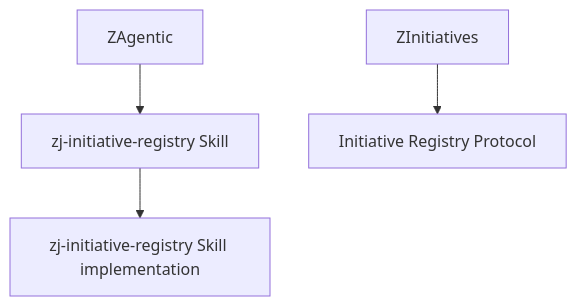
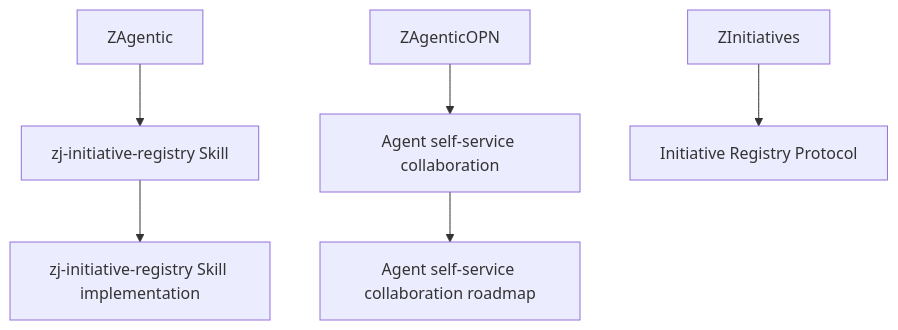
The diagram in generated/global-initiative-registry.mmd (jununfly/ZInitiatives), drawn with Mermaid before and after one commit. The commit also changed 7 other files, not shown here.

Commit message:
docs: register ZAgenticOPN initiative

```diff
--- a/generated/global-initiative-registry.mmd
+++ b/generated/global-initiative-registry.mmd
@@ -1,6 +1,9 @@
 flowchart TB
   zagentic["ZAgentic"]
   zagentic --> zagentic_initiative_registry_skill["zj-initiative-registry Skill"]
   zagentic_initiative_registry_skill --> zagentic_initiative_registry_implementation["zj-initiative-registry Skill implementation"]
+  zagenticopn["ZAgenticOPN"]
+  zagenticopn --> zagenticopn_agent_self_service_collaboration["Agent self-service collaboration"]
+  zagenticopn_agent_self_service_collaboration --> zagenticopn_agent_self_service_collaboration_roadmap["Agent self-service collaboration roadmap"]
   zinitiatives["ZInitiatives"]
   zinitiatives --> zinitiatives_registry_protocol["Initiative Registry Protocol"]
```
